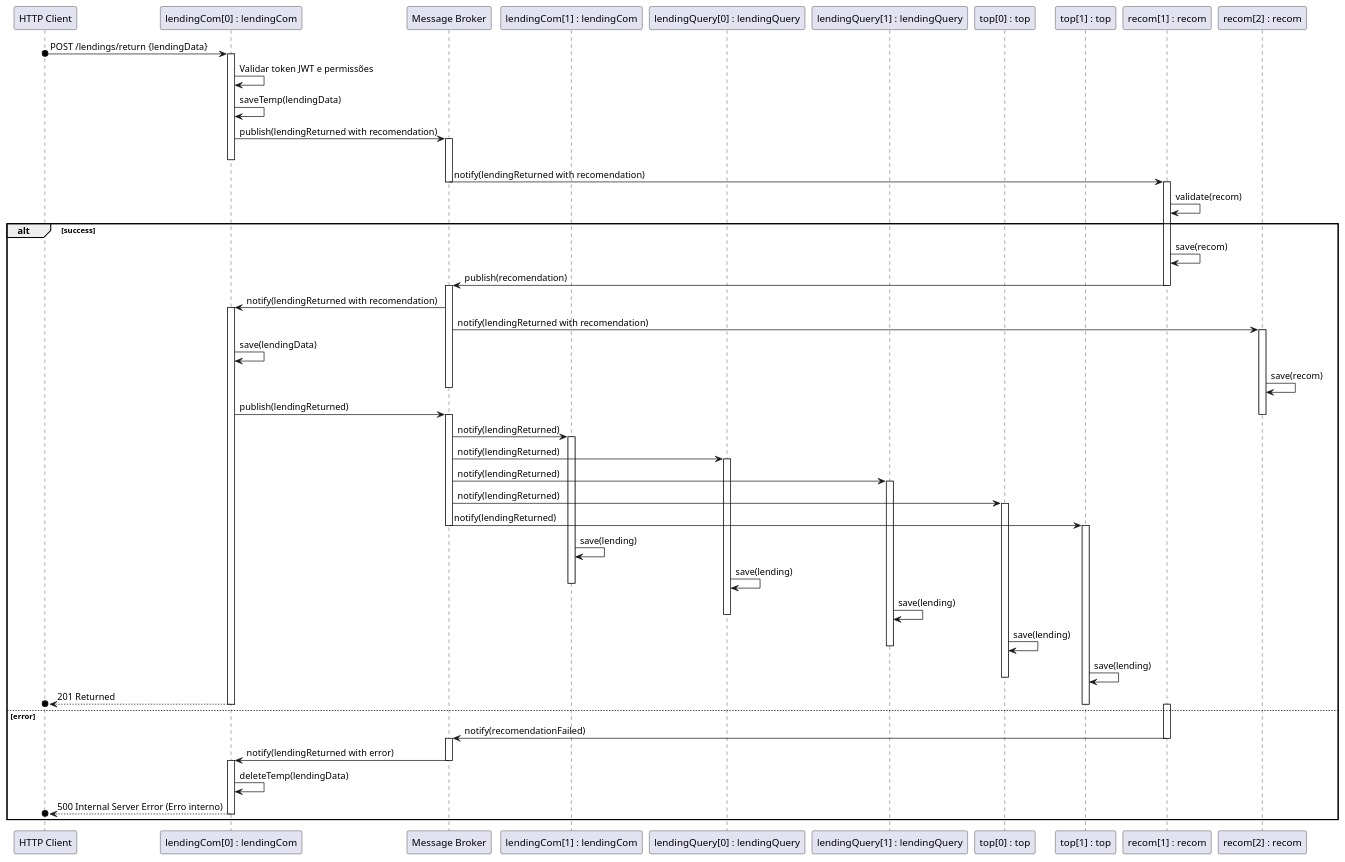
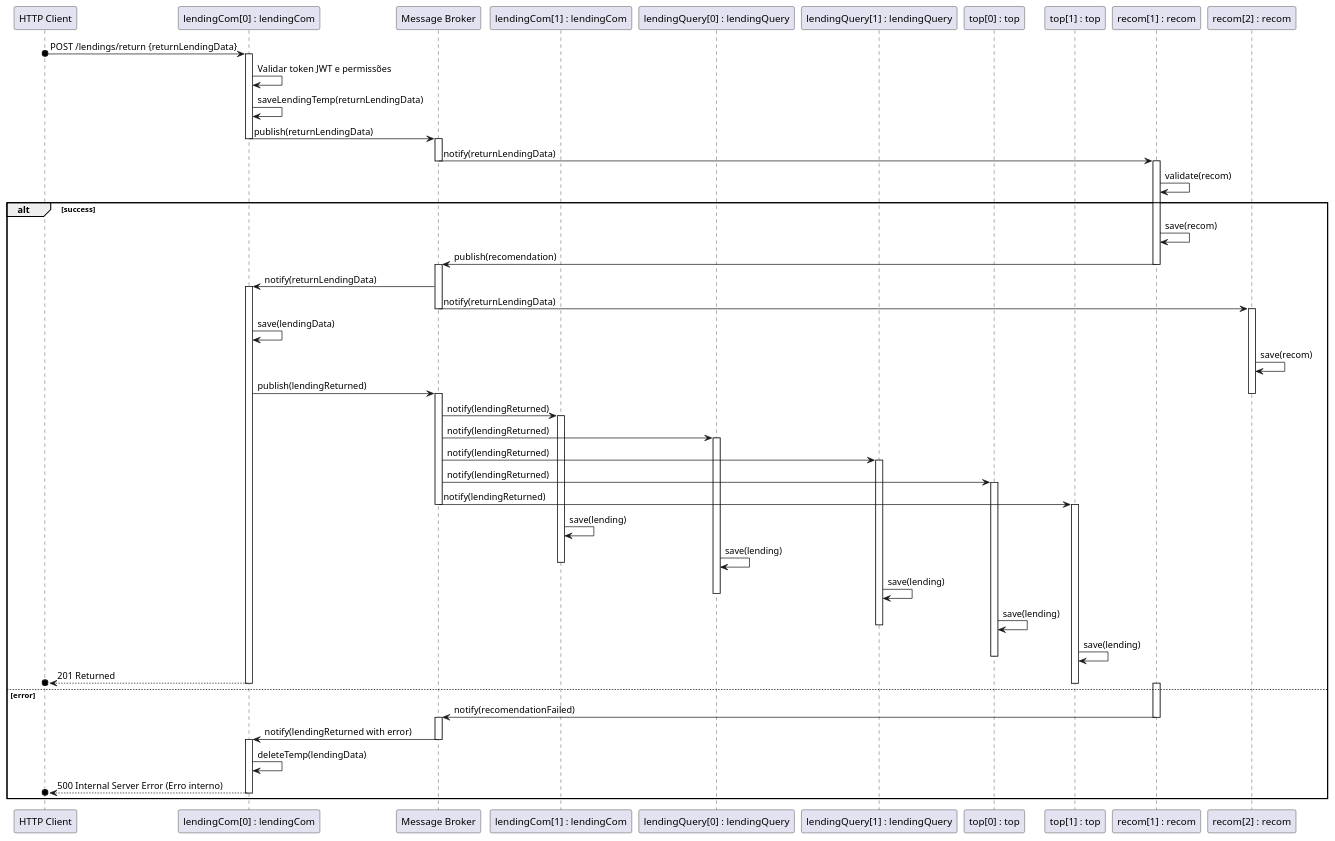
One commit to GitHubCatarina/SIDIS changed the diagram in Docs/Design/Entrega3/Vistas de Processos/Nível 2/ReturnLendingRecom.puml. Above: the diagram before and after it, drawn with PlantUML. The commit also changed 5 other files, not shown here.

```diff
--- a/Docs/Design/Entrega3/Vistas de Processos/Nível 2/ReturnLendingRecom.puml
+++ b/Docs/Design/Entrega3/Vistas de Processos/Nível 2/ReturnLendingRecom.puml
@@ -1,101 +1,106 @@
 @startuml
 ' Definindo os participantes
 participant "HTTP Client" as client
 participant "lendingCom[0] : lendingCom" as lending0
 participant "Message Broker" as mb
 participant "lendingCom[1] : lendingCom" as lending1
 participant "lendingQuery[0] : lendingQuery" as lending01
 participant "lendingQuery[1] : lendingQuery" as lending11
 participant "top[0] : top" as top0
 participant "top[1] : top" as top1
 participant "recom[1] : recom" as  recom1
 participant "recom[2] : recom" as  recom2
 
 
-client o-> lending0: POST /lendings/return {lendingData}
+client o-> lending0: POST /lendings/return {returnLendingData}
 activate lending0
 
 lending0 -> lending0: Validar token JWT e permissões
 
-lending0 -> lending0: saveTemp(lendingData)
+lending0 -> lending0: saveLendingTemp(returnLendingData)
 
-lending0 -> mb: publish(lendingReturned with recomendation)
+lending0 -> mb: publish(returnLendingData)
+deactivate lending0
 activate mb
-deactivate lending0
-mb -> recom1: notify(lendingReturned with recomendation)
+
+mb -> recom1: notify(returnLendingData)
 deactivate mb
 activate recom1
 recom1 -> recom1: validate(recom)
 alt success
 recom1 -> recom1: save(recom)
 
 recom1 -> mb: publish(recomendation)
 
 
 deactivate recom1
 activate mb
 
-mb -> lending0: notify(lendingReturned with recomendation)
+mb -> lending0: notify(returnLendingData)
 activate lending0
-mb -> recom2: notify(lendingReturned with recomendation)
+
+mb -> recom2: notify(returnLendingData)
+deactivate mb
 activate recom2
+
 lending0 -> lending0: save(lendingData)
 
 
 recom2 -> recom2: save(recom)
-deactivate mb
+
 
 
 
 lending0 -> mb: publish(lendingReturned)
 deactivate recom2
 
 activate mb
 
 ' Replicando dados para a outra instância (espelhamento)
 mb -> lending1: notify(lendingReturned)
 activate lending1
 mb -> lending01: notify(lendingReturned)
 activate lending01
 mb -> lending11: notify(lendingReturned)
 activate lending11
 mb -> top0: notify(lendingReturned)
 activate top0
 mb -> top1: notify(lendingReturned)
 deactivate mb
 
 activate top1
 
 
 
 lending1 -> lending1: save(lending)
+
 lending01 -> lending01: save(lending)
 deactivate lending1
 lending11 -> lending11: save(lending)
 deactivate lending01
 top0 -> top0: save(lending)
 deactivate lending11
 top1 -> top1: save(lending)
 deactivate top0
 
 
 ' Responder ao cliente com sucesso final após a replicação
 lending0 -->o client: 201 Returned
 deactivate top1
 deactivate lending0
 else error
 
 activate recom1
 recom1 -> mb: notify(recomendationFailed)
 deactivate recom1
 activate mb
 mb -> lending0: notify(lendingReturned with error)
 deactivate mb
 activate lending0
 lending0 -> lending0: deleteTemp(lendingData)
 
 
 lending0 -->o client: 500 Internal Server Error (Erro interno)
 deactivate lending0
 end
 @enduml
```
